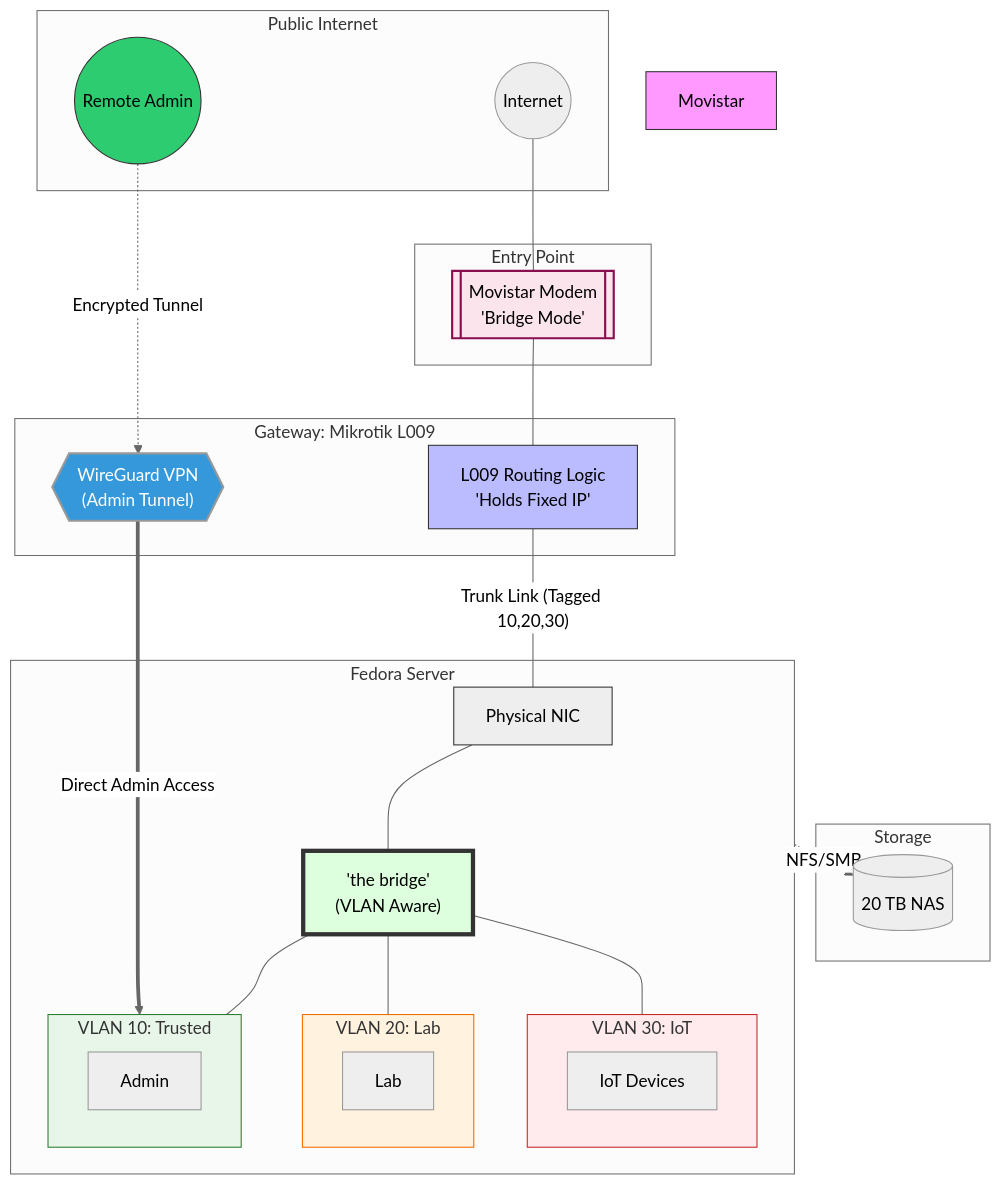
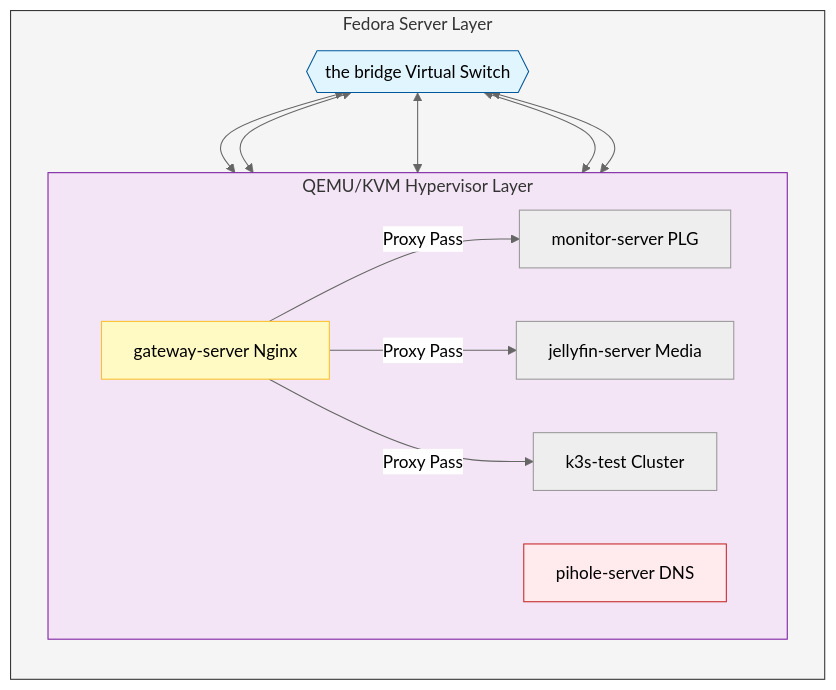
One commit to Sevamiau/infra-documentation changed the diagram in README.md. Above: the diagram before and after it, drawn with Mermaid (neutral theme).

Commit message:
feat: Mermaid Graphics Added

````diff
--- a/README.md
+++ b/README.md
@@ -62,73 +134,33 @@
 ```mermaid
-graph TD
-    %% External & Entry
-    subgraph ISP [Public Internet]
-        RemoteAdmin((Remote Admin))
-        Internet((Internet))
+graph TB
+    subgraph Host [Fedora Server Layer]
+        direction TB
+        
+        Bridge{{"the bridge Virtual Switch"}}
+
+        subgraph KVM [QEMU/KVM Hypervisor Layer]
+            direction LR
+            GW[gateway-server Nginx]
+            PI[pihole-server DNS]
+            MON[monitor-server PLG]
+            JF[jellyfin-server Media]
+            K3S[k3s-test Cluster]
+        end
+
+        Bridge <--> GW
+        Bridge <--> PI
+        Bridge <--> MON
+        Bridge <--> JF
+        Bridge <--> K3S
     end
 
-    subgraph Entry [Entry Point]
-        Modem[[Movistar Modem<br/>'Bridge Mode']]
-    end
+    GW -->|Proxy Pass| MON
+    GW -->|Proxy Pass| JF
+    GW -->|Proxy Pass| K3S
 
-    subgraph Storage [Storage]
-        NAS[(20 TB NAS)]
-    end
-
-
-    %% Router Layer
-    subgraph Router [Gateway: Mikrotik L009]
-        L009[L009 Routing Logic<br/>'Holds Fixed IP']
-        WG{{"WireGuard VPN<br/>(Admin Tunnel)"}}
-    end
-
-    %% Storage Path
-    Server -.->|NFS/SMB| NAS
-
-    %% Server Layer
-    subgraph Server [Fedora Server]
-        PhysNIC[Physical NIC]
-        Bridge["'the bridge'<br/>(VLAN Aware)"]
-        
-        subgraph VLAN10 [VLAN 10: Trusted]
-            PH[Admin]
-        end
-
-        subgraph VLAN20 [VLAN 20: Lab]
-            JF[Lab]
-        end
-
-        subgraph VLAN30 [VLAN 30: IoT]
-            IoT[IoT Devices]
-        end
-    end
-
-    %% Connections
-    Internet --- Modem
-    Modem --- L009
-    RemoteAdmin -.->|"Encrypted Tunnel"| WG
-    
-    %% The Trunk Link
-    L009 ---|"Trunk Link (Tagged 10,20,30)"| PhysNIC
-    PhysNIC --- Bridge
-    
-    %% VPN Landing Path
-    WG ==>|"Direct Admin Access"| VLAN10
-
-    %% Bridge Distribution
-    Bridge --- VLAN10
-    Bridge --- VLAN20
-    Bridge --- VLAN30
-
-    %% Styling
-    style Modem fill:#fce4ec,stroke:#880e4f,stroke-width:2px
-    style Movistar fill:#f9f,stroke:#333
-    style RemoteAdmin fill:#2ecc71,stroke:#333
-    style L009 fill:#bbf,stroke:#333
-    style WG fill:#3498db,color:#fff,stroke-width:2px
-    style Bridge fill:#dfd,stroke:#333,stroke-width:4px
-    style VLAN10 fill:#e8f5e9,stroke:#2e7d32
-    style VLAN20 fill:#fff3e0,stroke:#ef6c00
-    style VLAN30 fill:#ffebee,stroke:#c62828
-    style PhysNIC fill:#eee,stroke:#333
+    style Host fill:#f5f5f5,stroke:#333
+    style Bridge fill:#e1f5fe,stroke:#01579b
+    style GW fill:#fff9c4,stroke:#fbc02d
+    style PI fill:#ffebee,stroke:#c62828
+    style KVM fill:#f3e5f5,stroke:#7b1fa2
 ```
````
